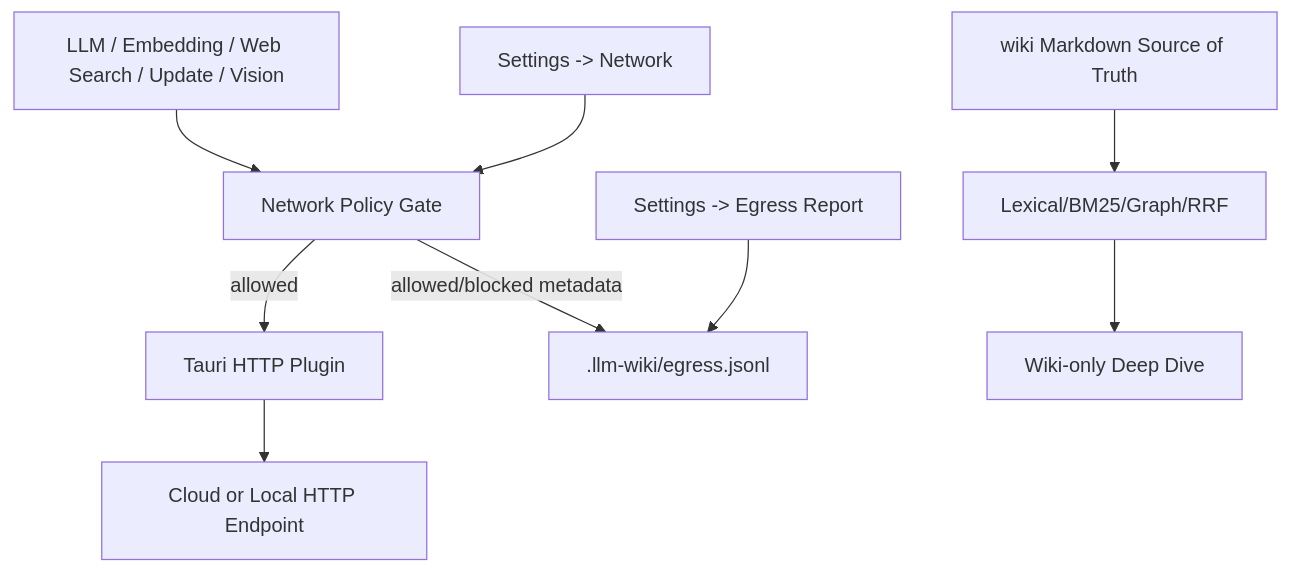
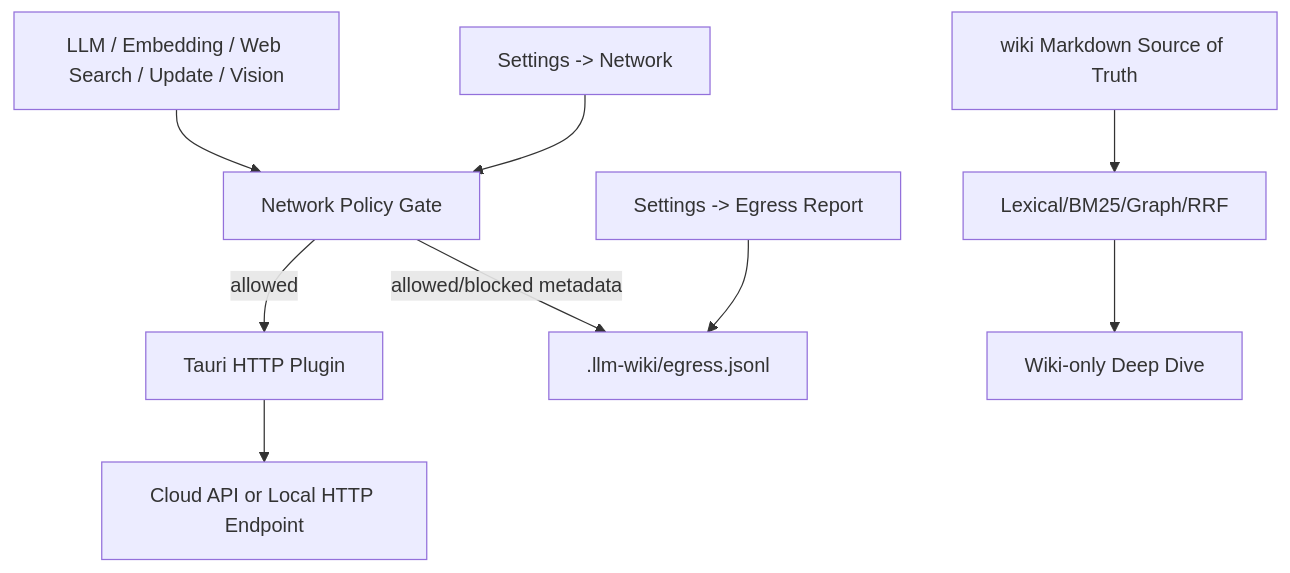
The diagram in docs/llm-wiki-v2-local-first-compute-closure/requirements.md (hammersmith-xie/llm_wiki_v2), drawn with Mermaid before and after one commit. The commit also changed other lines of this file and 3 other files, not shown here.

Commit message:
docs: clarify local-first storage cloud compute

````diff
--- a/docs/llm-wiki-v2-local-first-compute-closure/requirements.md
+++ b/docs/llm-wiki-v2-local-first-compute-closure/requirements.md
@@ -349,11 +349,11 @@
 ```mermaid
 graph TD
   Feature[LLM / Embedding / Web Search / Update / Vision] --> Gate[Network Policy Gate]
   Gate -->|allowed| Fetch[Tauri HTTP Plugin]
   Gate -->|allowed/blocked metadata| Egress[.llm-wiki/egress.jsonl]
-  Fetch --> Remote[Cloud or Local HTTP Endpoint]
+  Fetch --> Remote[Cloud API or Local HTTP Endpoint]
   Settings[Settings -> Network] --> Gate
   Report[Settings -> Egress Report] --> Egress
   Wiki[wiki Markdown Source of Truth] --> LocalSearch[Lexical/BM25/Graph/RRF]
   LocalSearch --> WikiOnly[Wiki-only Deep Dive]
 ```
````
